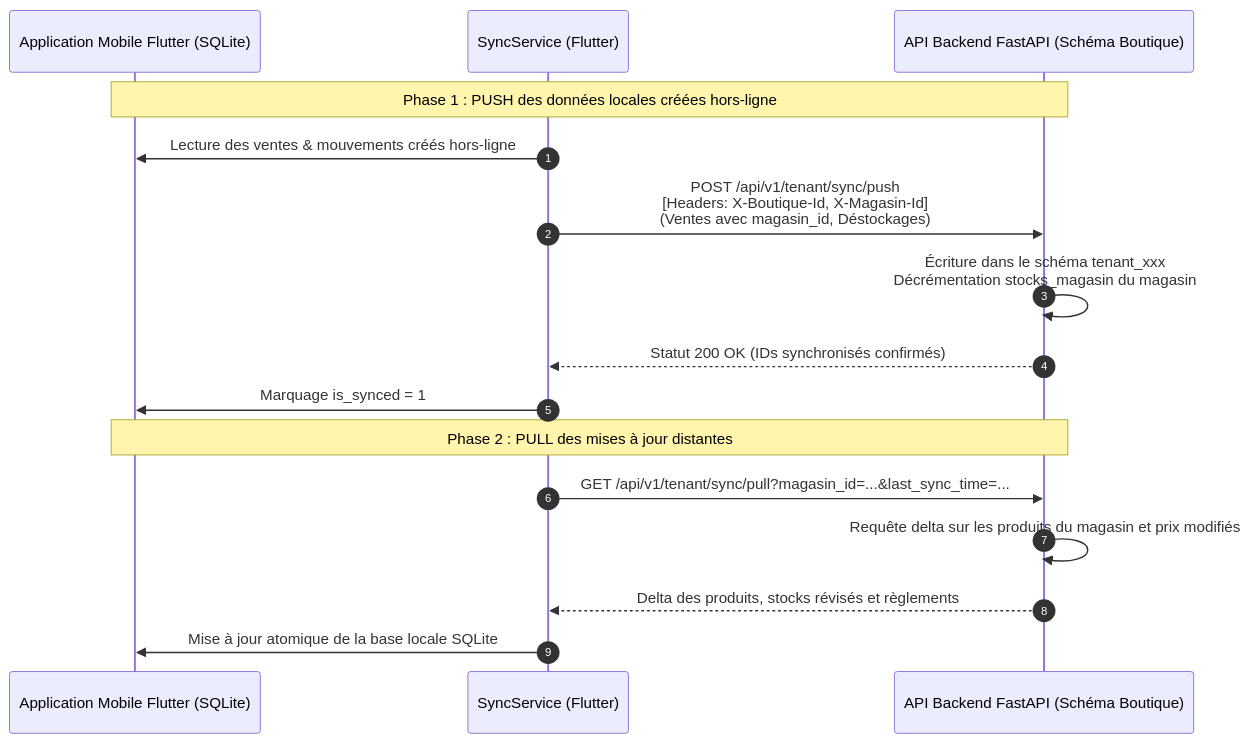
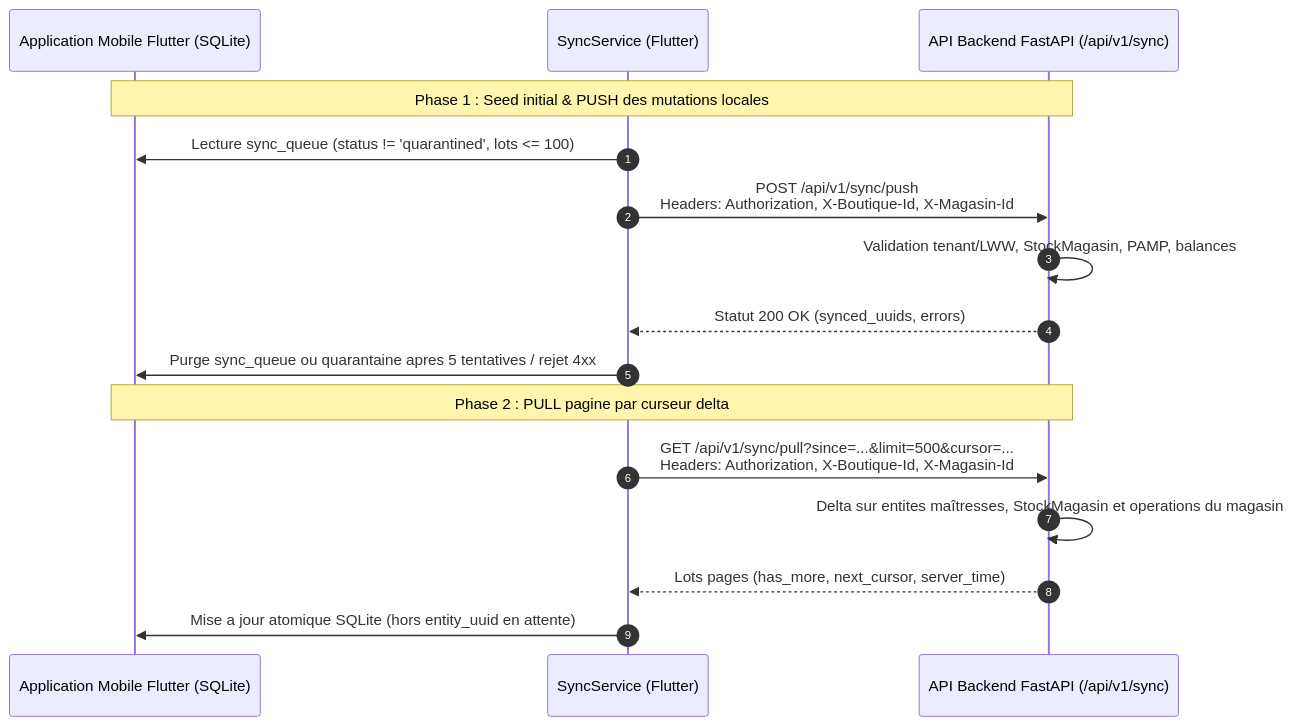
One commit to edouteech/tocmanager_mobile changed the diagram in plan/06_mobile_flutter_multimagasin_sync.md. Above: the diagram before and after it, drawn with Mermaid. The commit also changed other lines of this file and 9 other files, not shown here.

Commit message:
TOC-042: bump product updated_at on magasin config, complete pull fields, v18 availability and align sync doc

````diff
--- a/plan/06_mobile_flutter_multimagasin_sync.md
+++ b/plan/06_mobile_flutter_multimagasin_sync.md
@@ -48,20 +46,20 @@
 ```mermaid
 sequenceDiagram
     autonumber
     participant Mobile as Application Mobile Flutter (SQLite)
     participant SyncService as SyncService (Flutter)
-    participant Backend as API Backend FastAPI (Schéma Boutique)
+    participant Backend as API Backend FastAPI (/api/v1/sync)
 
-    Note over Mobile, Backend: Phase 1 : PUSH des données locales créées hors-ligne
-    SyncService->>Mobile: Lecture des ventes & mouvements créés hors-ligne
-    SyncService->>Backend: POST /api/v1/tenant/sync/push<br/>[Headers: X-Boutique-Id, X-Magasin-Id]<br/>(Ventes avec magasin_id, Déstockages)
-    Backend->>Backend: Écriture dans le schéma tenant_xxx<br/>Décrémentation stocks_magasin du magasin
-    Backend-->>SyncService: Statut 200 OK (IDs synchronisés confirmés)
-    SyncService->>Mobile: Marquage is_synced = 1
+    Note over Mobile, Backend: Phase 1 : Seed initial & PUSH des mutations locales
+    SyncService->>Mobile: Lecture sync_queue (status != 'quarantined', lots <= 100)
+    SyncService->>Backend: POST /api/v1/sync/push<br/>Headers: Authorization, X-Boutique-Id, X-Magasin-Id
+    Backend->>Backend: Validation tenant/LWW, StockMagasin, PAMP, balances
+    Backend-->>SyncService: Statut 200 OK (synced_uuids, errors)
+    SyncService->>Mobile: Purge sync_queue ou quarantaine apres 5 tentatives / rejet 4xx
 
-    Note over Mobile, Backend: Phase 2 : PULL des mises à jour distantes
-    SyncService->>Backend: GET /api/v1/tenant/sync/pull?magasin_id=...&last_sync_time=...
-    Backend->>Backend: Requête delta sur les produits du magasin et prix modifiés
-    Backend-->>SyncService: Delta des produits, stocks révisés et règlements
-    SyncService->>Mobile: Mise à jour atomique de la base locale SQLite
+    Note over Mobile, Backend: Phase 2 : PULL pagine par curseur delta
+    SyncService->>Backend: GET /api/v1/sync/pull?since=...&limit=500&cursor=...<br/>Headers: Authorization, X-Boutique-Id, X-Magasin-Id
+    Backend->>Backend: Delta sur entites maîtresses, StockMagasin et operations du magasin
+    Backend-->>SyncService: Lots pages (has_more, next_cursor, server_time)
+    SyncService->>Mobile: Mise a jour atomique SQLite (hors entity_uuid en attente)
 ```
````
